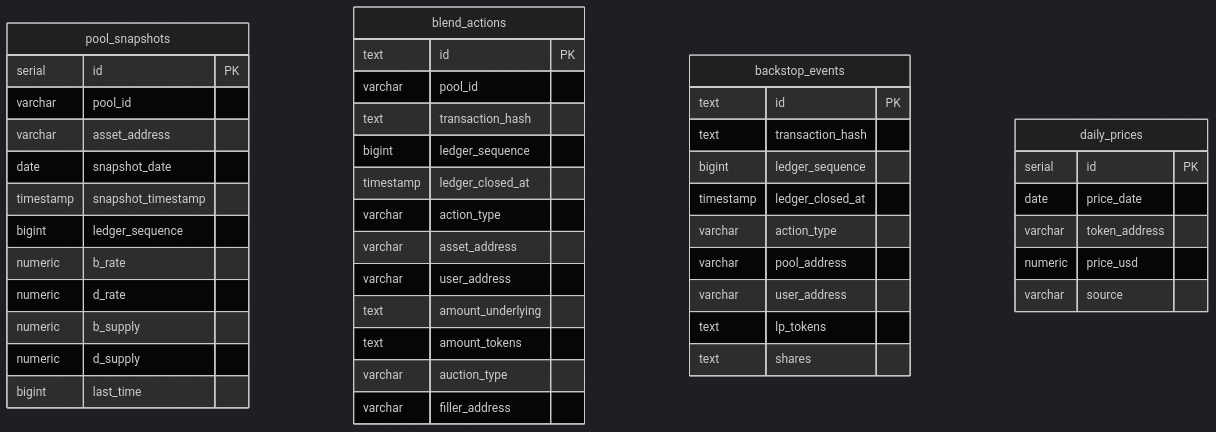
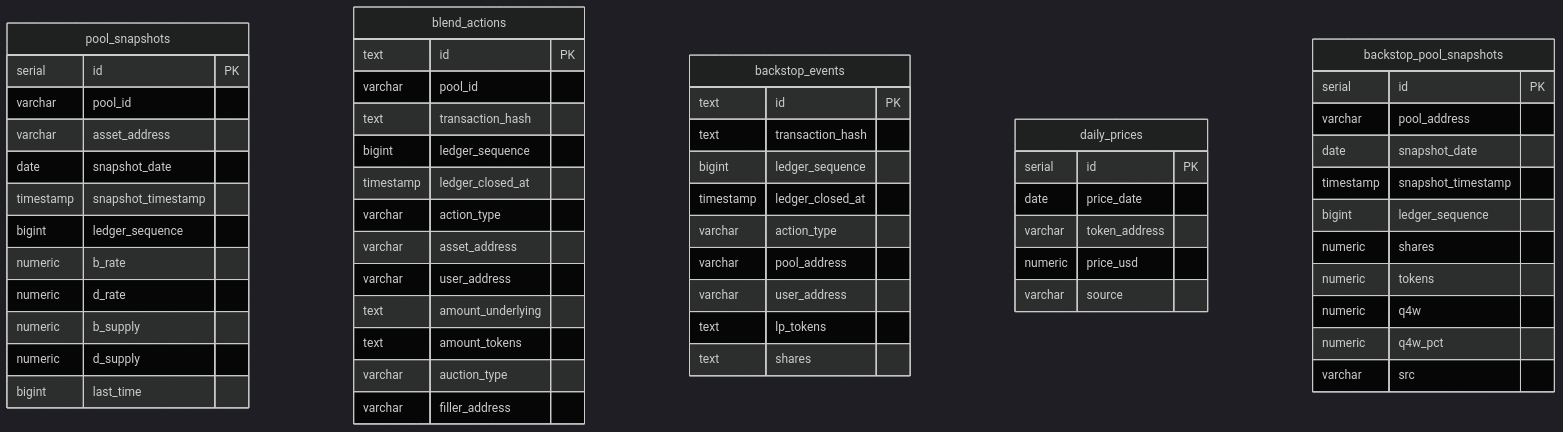
Before and after one commit to brunomlr/blend-indexer: the sixth of 6 diagrams in README.md, drawn with Mermaid (dark theme). The commit also changed other lines of this file, not shown here.

Commit message:
feat: add Backstop Q4W tracking and associated services to README docs: update service names and descriptions for clarity

````diff
--- a/README.md
+++ b/README.md
@@ -570,51 +614,64 @@
 ```mermaid
 erDiagram
     pool_snapshots {
         serial id PK
         varchar pool_id
         varchar asset_address
         date snapshot_date
         timestamp snapshot_timestamp
         bigint ledger_sequence
         numeric b_rate
         numeric d_rate
         numeric b_supply
         numeric d_supply
         bigint last_time
     }
 
     blend_actions {
         text id PK
         varchar pool_id
         text transaction_hash
         bigint ledger_sequence
         timestamp ledger_closed_at
         varchar action_type
         varchar asset_address
         varchar user_address
         text amount_underlying
         text amount_tokens
         varchar auction_type
         varchar filler_address
     }
 
     backstop_events {
         text id PK
         text transaction_hash
         bigint ledger_sequence
         timestamp ledger_closed_at
         varchar action_type
         varchar pool_address
         varchar user_address
         text lp_tokens
         text shares
     }
 
     daily_prices {
         serial id PK
         date price_date
         varchar token_address
         numeric price_usd
         varchar source
     }
+
+    backstop_pool_snapshots {
+        serial id PK
+        varchar pool_address
+        date snapshot_date
+        timestamp snapshot_timestamp
+        bigint ledger_sequence
+        numeric shares
+        numeric tokens
+        numeric q4w
+        numeric q4w_pct
+        varchar src
+    }
 ```
````
